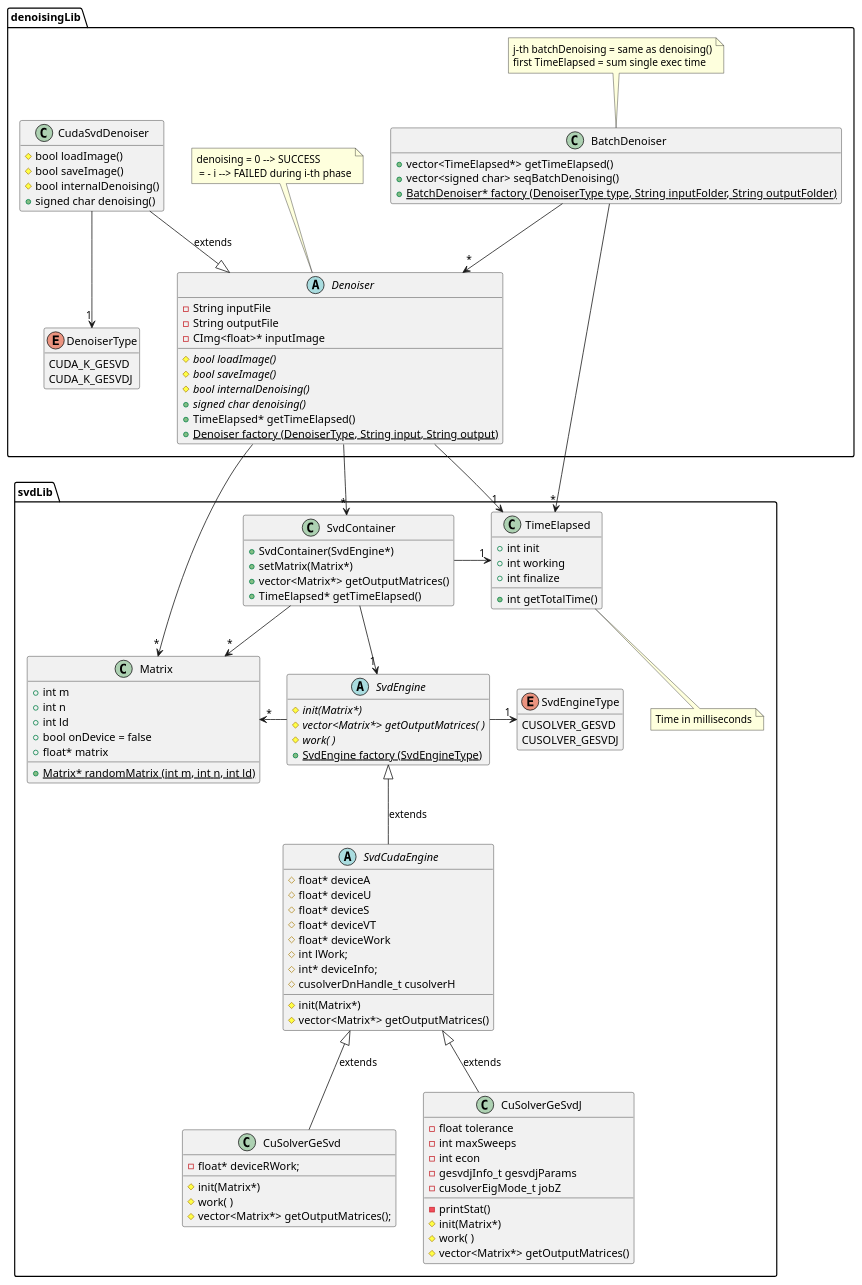
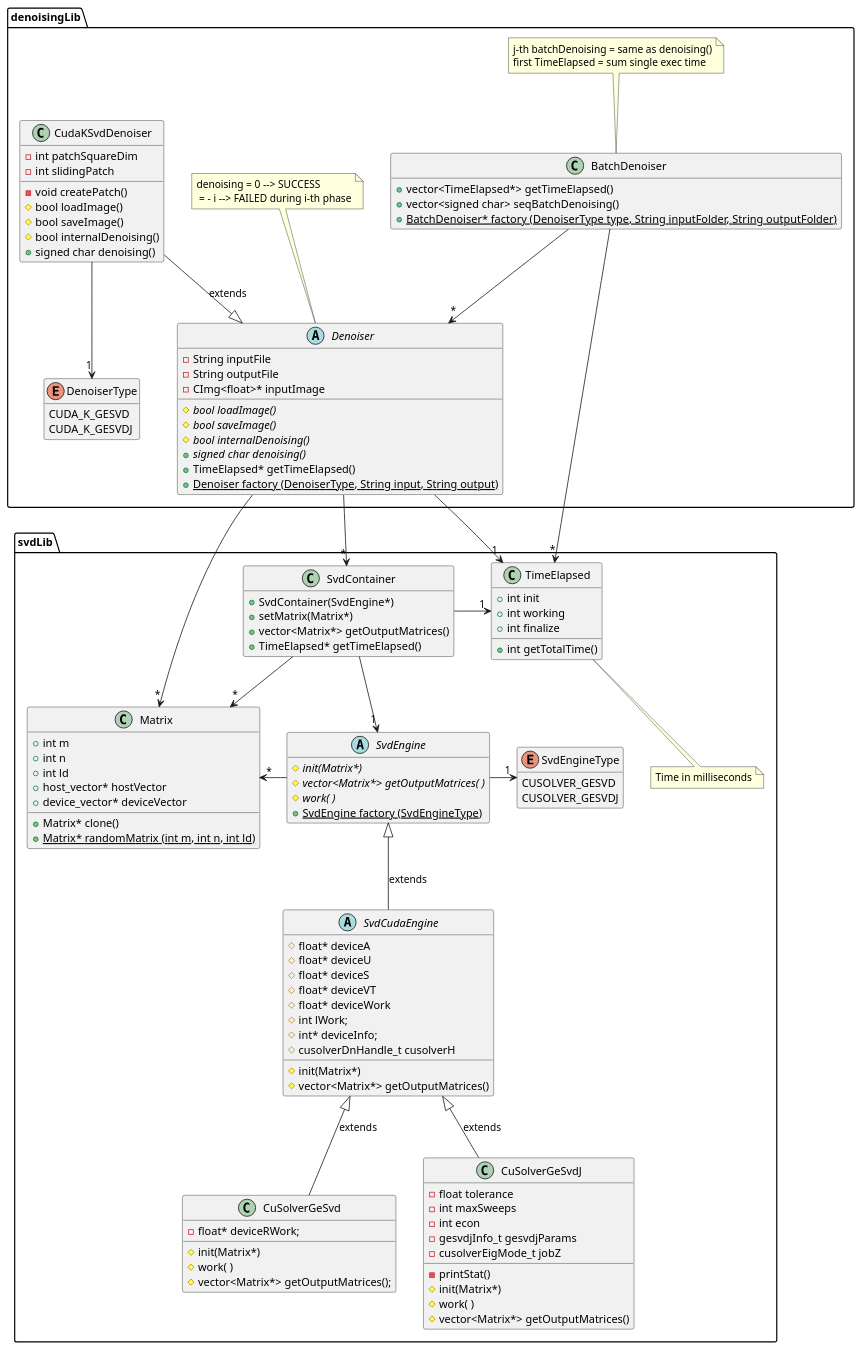
The diagram in uml/src/classDiagram.puml (newfla/CUDA-K-SVD-Denoising), drawn with PlantUML before and after one commit. The commit also changed 9 other files, not shown here.

Commit message:
moved from float* to thrust::vector<float>*

```diff
--- a/uml/src/classDiagram.puml
+++ b/uml/src/classDiagram.puml
@@ -1,151 +1,154 @@
 @startuml diagrammaSVD
 
 package svdLib {
     class Matrix{
         + int m
         + int n
         + int ld
-        + bool onDevice = false 
-        + float* matrix
+        + host_vector* hostVector
+        + device_vector* deviceVector
+        + Matrix* clone()
         {static} + Matrix* randomMatrix (int m, int n, int ld)
-
     }
 
     abstract class SvdEngine{
         
         {abstract} # init(Matrix*)
         {abstract} # vector<Matrix*> getOutputMatrices( )
         {abstract} # work( )
         {static} + SvdEngine factory (SvdEngineType)
     }
 
     abstract class SvdCudaEngine{
 
         # float* deviceA
         # float* deviceU
         # float* deviceS
         # float* deviceVT
         # float* deviceWork
         # int lWork;
         # int* deviceInfo;
         # cusolverDnHandle_t cusolverH
         
 
         #  init(Matrix*)
         #  vector<Matrix*> getOutputMatrices()
     }
 
     enum SvdEngineType{
             CUSOLVER_GESVD
             CUSOLVER_GESVDJ
     }
 
     class CuSolverGeSvd{
 
         - float* deviceRWork;
 
         # init(Matrix*)
         # work( )
         # vector<Matrix*> getOutputMatrices();
     }
 
     class CuSolverGeSvdJ{
 
         - float tolerance
         - int maxSweeps
         - int econ
         - gesvdjInfo_t gesvdjParams
         - cusolverEigMode_t jobZ
 
         - printStat()
         # init(Matrix*)
         # work( )
         # vector<Matrix*> getOutputMatrices()
     }
 
 
     class TimeElapsed{
         + int init
         + int working
         + int finalize
         + int getTotalTime()
     }
 
     note bottom: Time in milliseconds
 
     class SvdContainer{
 
         + SvdContainer(SvdEngine*)
         + setMatrix(Matrix*)
         + vector<Matrix*> getOutputMatrices()
         + TimeElapsed* getTimeElapsed()
     }
 
     SvdContainer -->  "*" Matrix 
     SvdContainer --> "1" SvdEngine
     TimeElapsed "1" <- SvdContainer
     SvdEngine -> "*" Matrix
     SvdEngine -> "1" SvdEngineType
     SvdEngine <|-- SvdCudaEngine : extends
     SvdCudaEngine <|-- CuSolverGeSvdJ : extends
     SvdCudaEngine <|-- CuSolverGeSvd : extends
 
     hide SvdEngineType methods
     hide SvdContainer fields
     hide SvdEngine fields
 }
 
 package denoisingLib{
 
     enum DenoiserType{
             CUDA_K_GESVD
             CUDA_K_GESVDJ
     }
 
     abstract class Denoiser{
 
         - String inputFile
         - String outputFile
         - CImg<float>* inputImage
 
         {abstract} # bool loadImage()
         {abstract} # bool saveImage()
         {abstract} # bool internalDenoising()
         {abstract} + signed char denoising()
         + TimeElapsed* getTimeElapsed()
         {static} + Denoiser factory (DenoiserType, String input, String output)
     }
 
     note top: denoising = 0 --> SUCCESS\n = - i --> FAILED during i-th phase 
 
-    class CudaSvdDenoiser{
+    class CudaKSvdDenoiser{
+        - int patchSquareDim
+        - int slidingPatch
+
+        - void createPatch()
         # bool loadImage()
         # bool saveImage()
         # bool internalDenoising()
         + signed char denoising()
     }
 
     class BatchDenoiser{
         + vector<TimeElapsed*> getTimeElapsed() 
         + vector<signed char> seqBatchDenoising()
         {static} + BatchDenoiser* factory (DenoiserType type, String inputFolder, String outputFolder)
     }
 
     note top: j-th batchDenoising = same as denoising()\nfirst TimeElapsed = sum single exec time 
 
 
     Denoiser --> "1" TimeElapsed
     Denoiser --> "*" Matrix
     Denoiser --> "*" SvdContainer
-    CudaSvdDenoiser --|> Denoiser : extends
-    CudaSvdDenoiser --> "1" DenoiserType
+    CudaKSvdDenoiser --|> Denoiser : extends
+    CudaKSvdDenoiser --> "1" DenoiserType
     BatchDenoiser --> "*" Denoiser
     BatchDenoiser --> "*" TimeElapsed
 
     hide BatchDenoiser fields
-    hide CudaSvdDenoiser fields
     hide DenoiserType methods
 }
 
 
 @enduml
```
